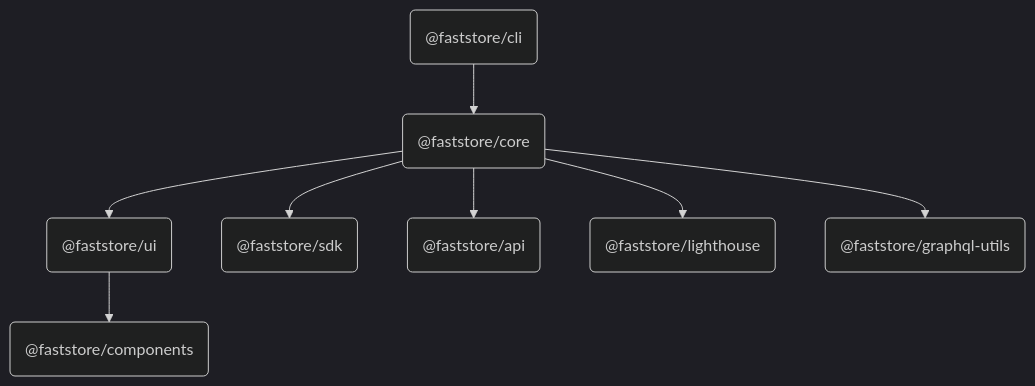
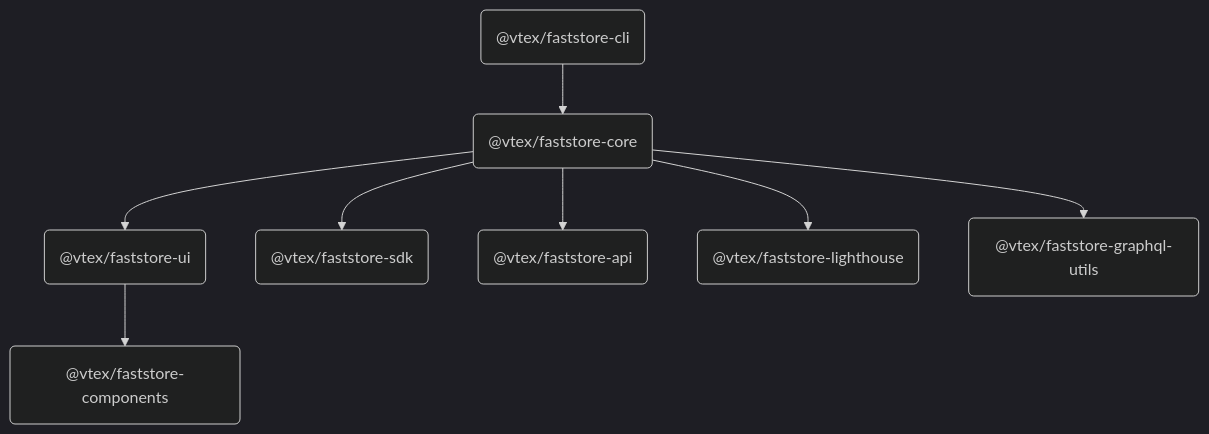
Before and after one commit to vtex/faststore: the diagram in README.md, drawn with Mermaid (dark theme). The commit also changed other lines of this file and 246 other files, not shown here.

Commit message:
feat: change packages scope from faststore to vtex

````diff
--- a/README.md
+++ b/README.md
@@ -53,18 +53,18 @@
 ```mermaid
 flowchart TD;
-    CLI("@faststore/cli");
-    CORE("@faststore/core");
-    UI("@faststore/ui");
-    COMPONENTS("@faststore/components");
-    SDK("@faststore/sdk");
-    API("@faststore/api");
-    LIGHT("@faststore/lighthouse");
-    GUTILS("@faststore/graphql-utils");
+    CLI("@vtex/faststore-cli");
+    CORE("@vtex/faststore-core");
+    UI("@vtex/faststore-ui");
+    COMPONENTS("@vtex/faststore-components");
+    SDK("@vtex/faststore-sdk");
+    API("@vtex/faststore-api");
+    LIGHT("@vtex/faststore-lighthouse");
+    GUTILS("@vtex/faststore-graphql-utils");
     CLI --> CORE;
     CORE --> UI;
     CORE --> SDK;
     CORE --> API;
     CORE --> LIGHT;
     CORE --> GUTILS;
     UI --> COMPONENTS;
 ```
````
